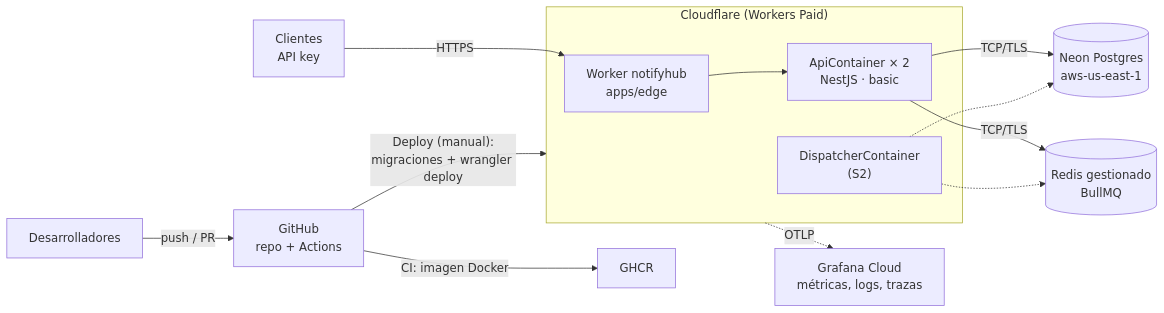
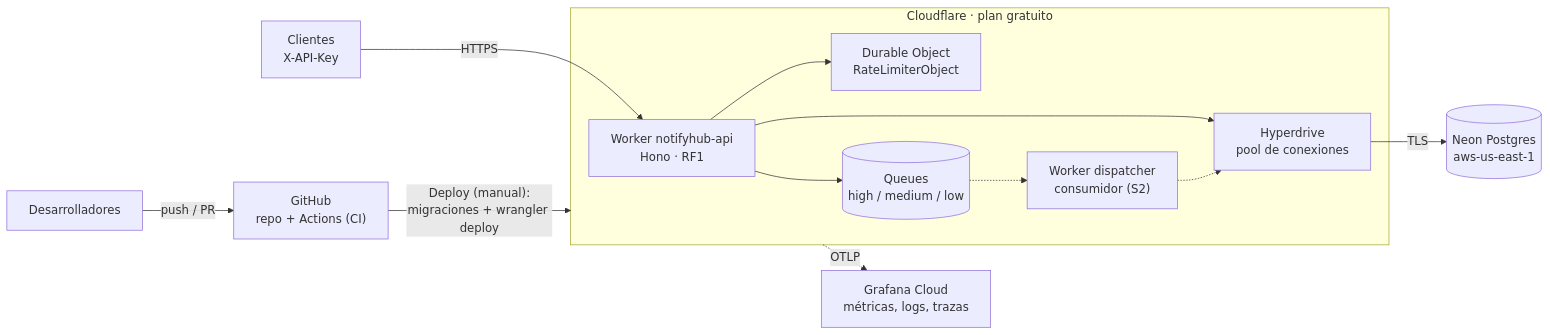
One commit to joseraulsoriano/notifyhub changed the diagram in docs/diagrams/07-despliegue.mmd. Above: the diagram before and after it, drawn with Mermaid. The commit also changed 66 other files, not shown here.

First line of the commit message:
feat(api): SCRUM-50 API nativa en Cloudflare Workers (plan gratuito)

```diff
--- a/docs/diagrams/07-despliegue.mmd
+++ b/docs/diagrams/07-despliegue.mmd
@@ -1,16 +1,18 @@
 flowchart LR
-  dev["Desarrolladores"] -- "push / PR" --> gh["GitHub<br/>repo + Actions"]
-  gh -- "CI: imagen Docker" --> reg["GHCR"]
+  dev["Desarrolladores"] -- "push / PR" --> gh["GitHub<br/>repo + Actions (CI)"]
   gh -- "Deploy (manual):<br/>migraciones + wrangler deploy" --> cf
-  subgraph cf["Cloudflare (Workers Paid)"]
-    edge["Worker notifyhub<br/>apps/edge"]
-    api["ApiContainer × 2<br/>NestJS · basic"]
-    wk["DispatcherContainer<br/>(S2)"]
-    edge --> api
+  cli["Clientes<br/>X-API-Key"] -- "HTTPS" --> api
+  subgraph cf["Cloudflare · plan gratuito"]
+    api["Worker notifyhub-api<br/>Hono · RF1"]
+    rl["Durable Object<br/>RateLimiterObject"]
+    q[("Queues<br/>high / medium / low")]
+    hd["Hyperdrive<br/>pool de conexiones"]
+    disp["Worker dispatcher<br/>consumidor (S2)"]
+    api --> rl
+    api --> q
+    api --> hd
+    q -.-> disp
+    disp -.-> hd
   end
-  cli["Clientes<br/>API key"] -- "HTTPS" --> edge
-  api -- "TCP/TLS" --> pg[("Neon Postgres<br/>aws-us-east-1")]
-  api -- "TCP/TLS" --> rd[("Redis gestionado<br/>BullMQ")]
-  wk -.-> rd
-  wk -.-> pg
+  hd -- "TLS" --> pg[("Neon Postgres<br/>aws-us-east-1")]
   cf -. "OTLP" .-> gc["Grafana Cloud<br/>métricas, logs, trazas"]
```
